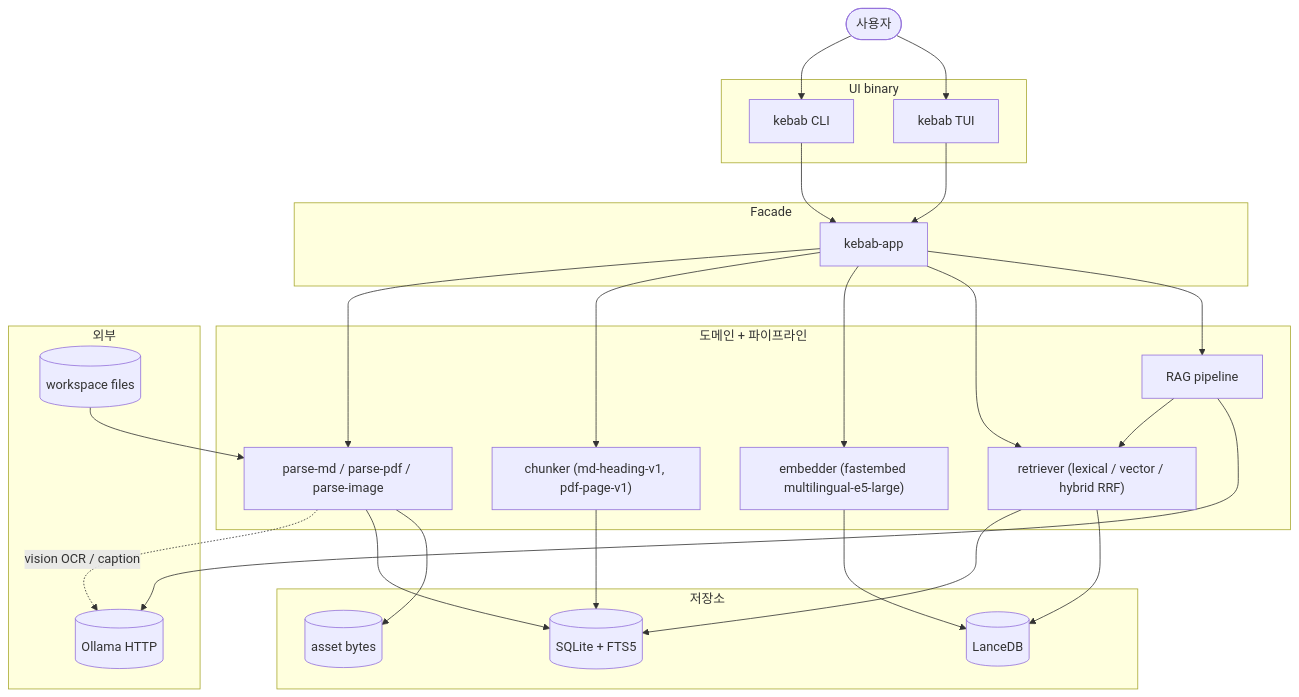
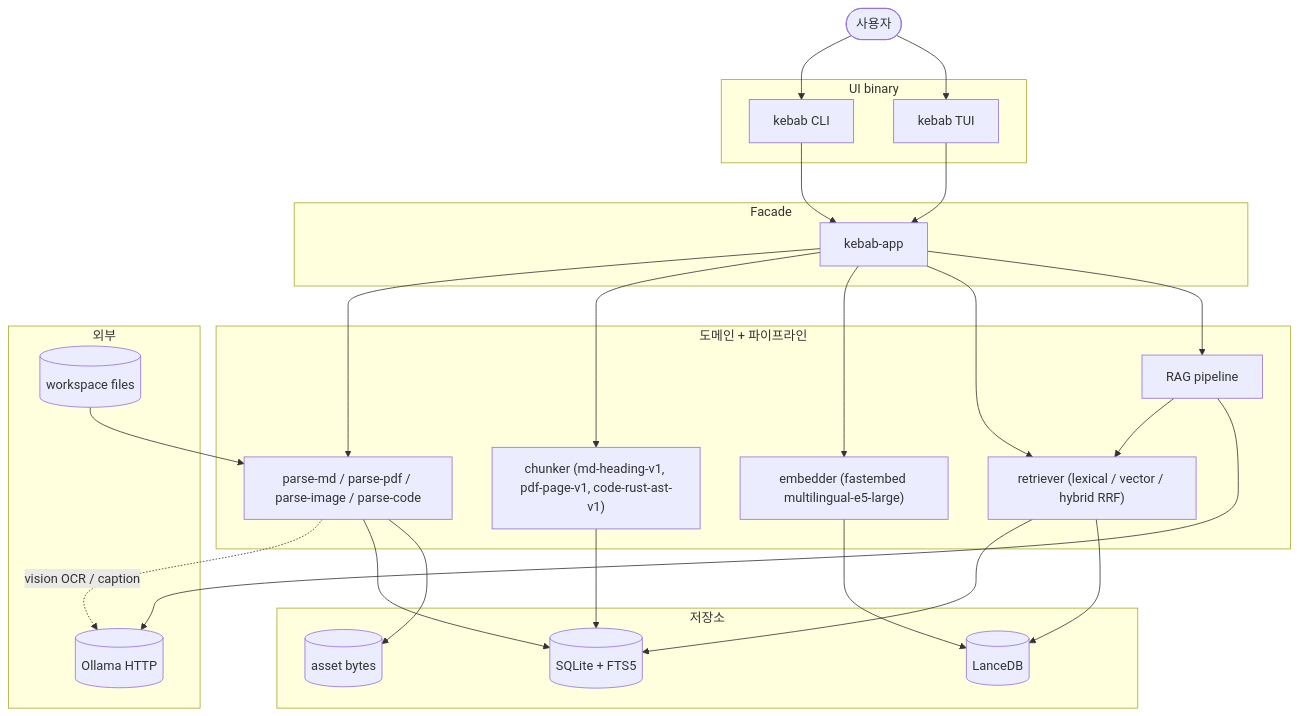
The diagram in README.md (altair823/kebab), drawn with Mermaid before and after one commit. The commit also changed other lines of this file and 10 other files, not shown here.

````diff
--- a/README.md
+++ b/README.md
@@ -120,56 +120,56 @@
 ```mermaid
 flowchart TB
     user(["사용자"])
 
     subgraph UI["UI binary"]
         cli["kebab CLI"]
         tui["kebab TUI"]
     end
 
     subgraph App["Facade"]
         app["kebab-app"]
     end
 
     subgraph Pipeline["도메인 + 파이프라인"]
-        parse["parse-md / parse-pdf / parse-image"]
-        chunker["chunker (md-heading-v1, pdf-page-v1)"]
+        parse["parse-md / parse-pdf / parse-image / parse-code"]
+        chunker["chunker (md-heading-v1, pdf-page-v1, code-rust-ast-v1)"]
         embedder["embedder (fastembed multilingual-e5-large)"]
         retriever["retriever (lexical / vector / hybrid RRF)"]
         rag["RAG pipeline"]
     end
 
     subgraph Store["저장소"]
         sqlite[("SQLite + FTS5")]
         lance[("LanceDB")]
         assets[("asset bytes")]
     end
 
     subgraph External["외부"]
         fs[("workspace files")]
         ollama[("Ollama HTTP")]
     end
 
     user --> cli
     user --> tui
     cli --> app
     tui --> app
 
     app --> parse
     app --> chunker
     app --> embedder
     app --> retriever
     app --> rag
 
     fs --> parse
     parse -. vision OCR / caption .-> ollama
     parse --> sqlite
     parse --> assets
 
     chunker --> sqlite
     embedder --> lance
     retriever --> sqlite
     retriever --> lance
 
     rag --> retriever
     rag --> ollama
 ```
````
